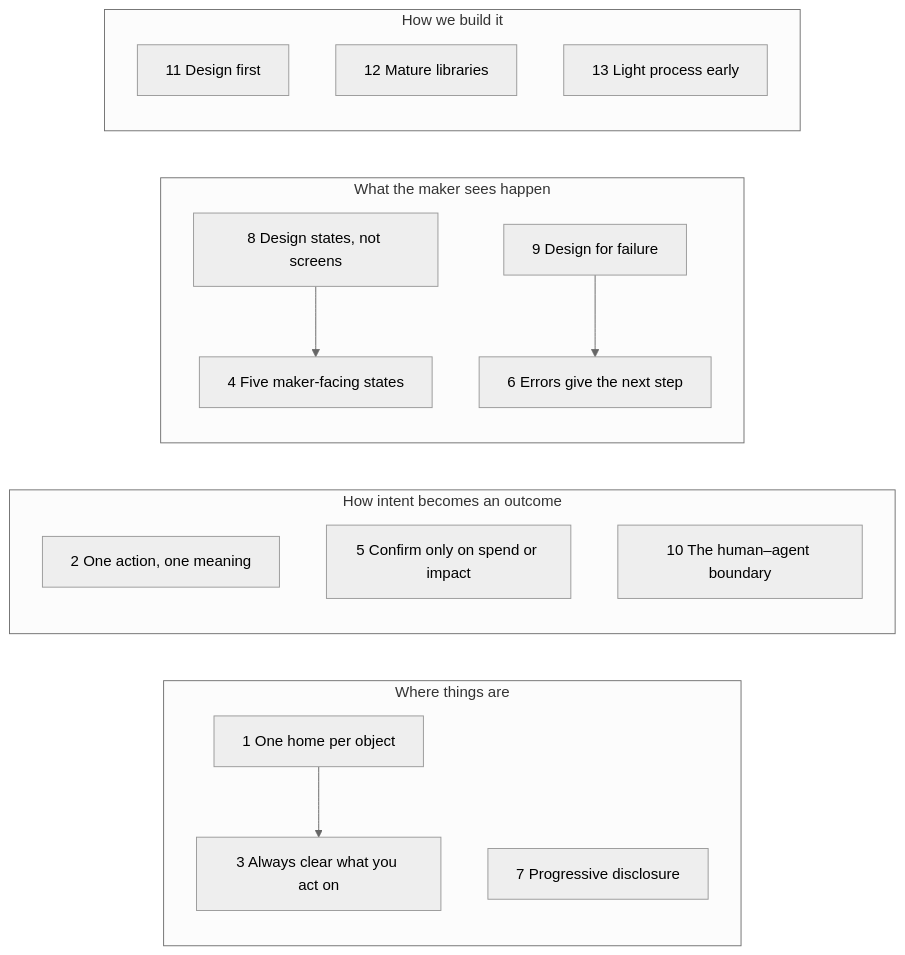
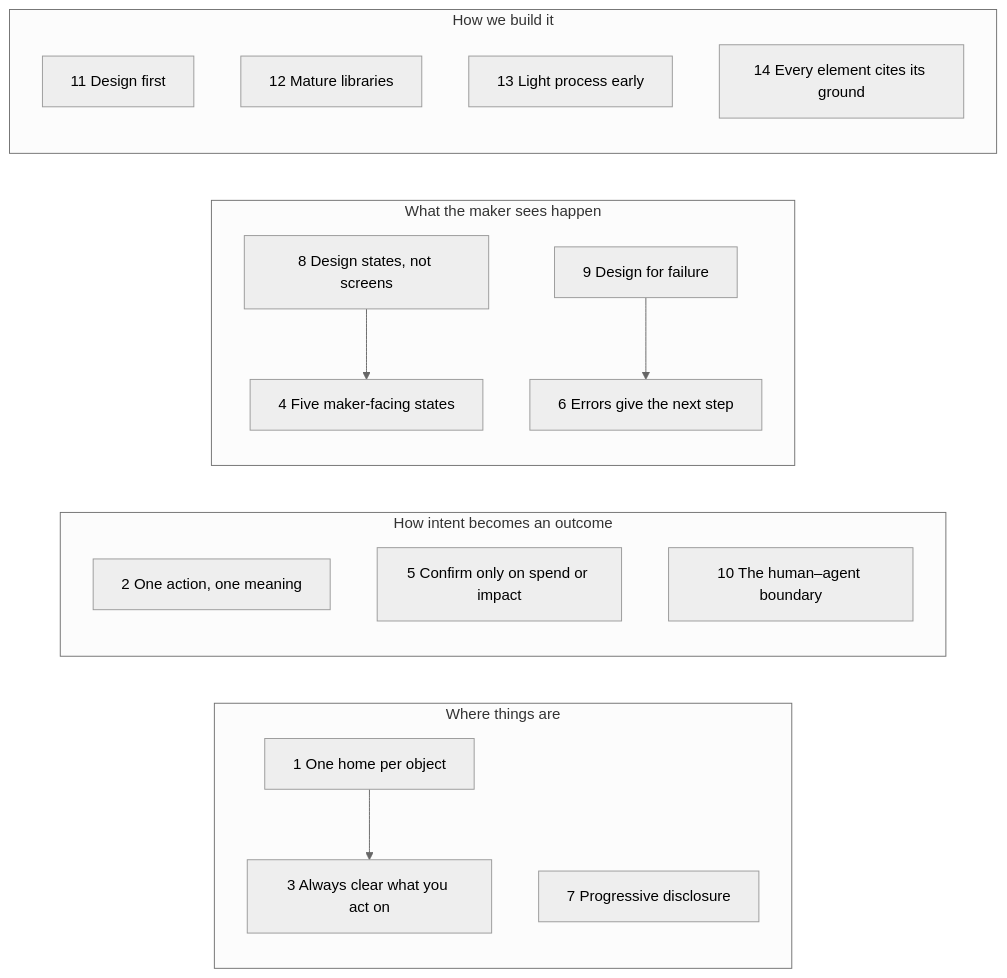
The first of 7 diagrams in docs/design-principles.md (PineComputer/open-pinedrama), drawn with Mermaid (neutral theme) before and after one commit. The commit also changed other lines of this file and 2 other files, not shown here.

First line of the commit message:
docs: principle 14, every UI element cites its ground, with the design-change checklist (D35)

````diff
--- a/docs/design-principles.md
+++ b/docs/design-principles.md
@@ -52,27 +52,28 @@
 ```mermaid
 flowchart LR
   subgraph Where["Where things are"]
     P1[1 One home per object]
     P3[3 Always clear what you act on]
     P7[7 Progressive disclosure]
   end
   subgraph How["How intent becomes an outcome"]
     P2[2 One action, one meaning]
     P5[5 Confirm only on spend or impact]
     P10[10 The human–agent boundary]
   end
   subgraph State["What the maker sees happen"]
     P4[4 Five maker-facing states]
     P8[8 Design states, not screens]
     P6[6 Errors give the next step]
     P9[9 Design for failure]
   end
   subgraph Making["How we build it"]
     P11[11 Design first]
     P12[12 Mature libraries]
     P13[13 Light process early]
+    P14[14 Every element cites its ground]
   end
   P8 --> P4
   P9 --> P6
   P1 --> P3
 ```
````
